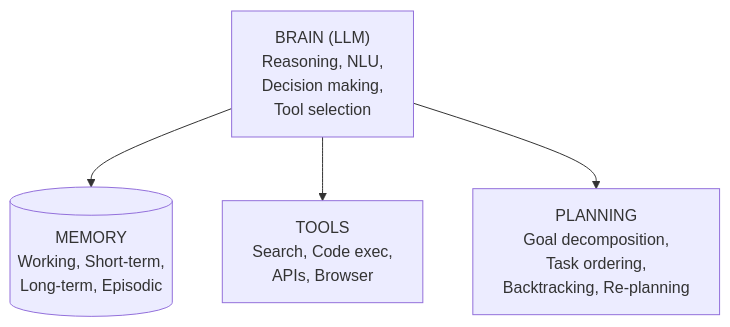
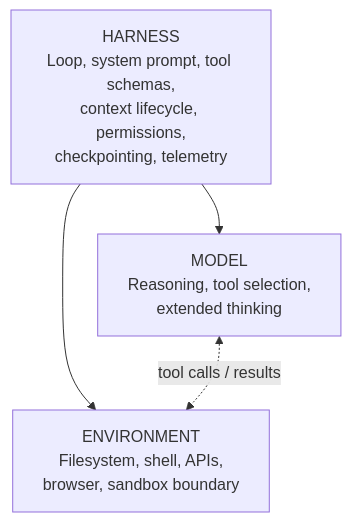
Before and after one commit to binarydevelop/system-design-patterns: the second of 4 diagrams in 16-llm-systems/01-agent-fundamentals.md, drawn with Mermaid. The commit also changed other lines of this file and 11 other files, not shown here.

Commit message:
feat: modernize LLM systems section to 2026 SOTA with new harness engineering article

````diff
--- a/16-llm-systems/01-agent-fundamentals.md
+++ b/16-llm-systems/01-agent-fundamentals.md
@@ -46,8 +43,10 @@
 ```mermaid
 graph TD
-    BRAIN["BRAIN (LLM)<br/>Reasoning, NLU,<br/>Decision making,<br/>Tool selection"]
+    MODEL["MODEL<br/>Reasoning, tool selection,<br/>extended thinking"]
+    HARNESS["HARNESS<br/>Loop, system prompt, tool schemas,<br/>context lifecycle, permissions,<br/>checkpointing, telemetry"]
+    ENVIRONMENT["ENVIRONMENT<br/>Filesystem, shell, APIs,<br/>browser, sandbox boundary"]
 
-    BRAIN --> MEMORY[("MEMORY<br/>Working, Short-term,<br/>Long-term, Episodic")]
-    BRAIN --> TOOLS["TOOLS<br/>Search, Code exec,<br/>APIs, Browser"]
-    BRAIN --> PLANNING["PLANNING<br/>Goal decomposition,<br/>Task ordering,<br/>Backtracking, Re-planning"]
+    HARNESS --> MODEL
+    HARNESS --> ENVIRONMENT
+    MODEL <-.->|tool calls / results| ENVIRONMENT
 ```
````
